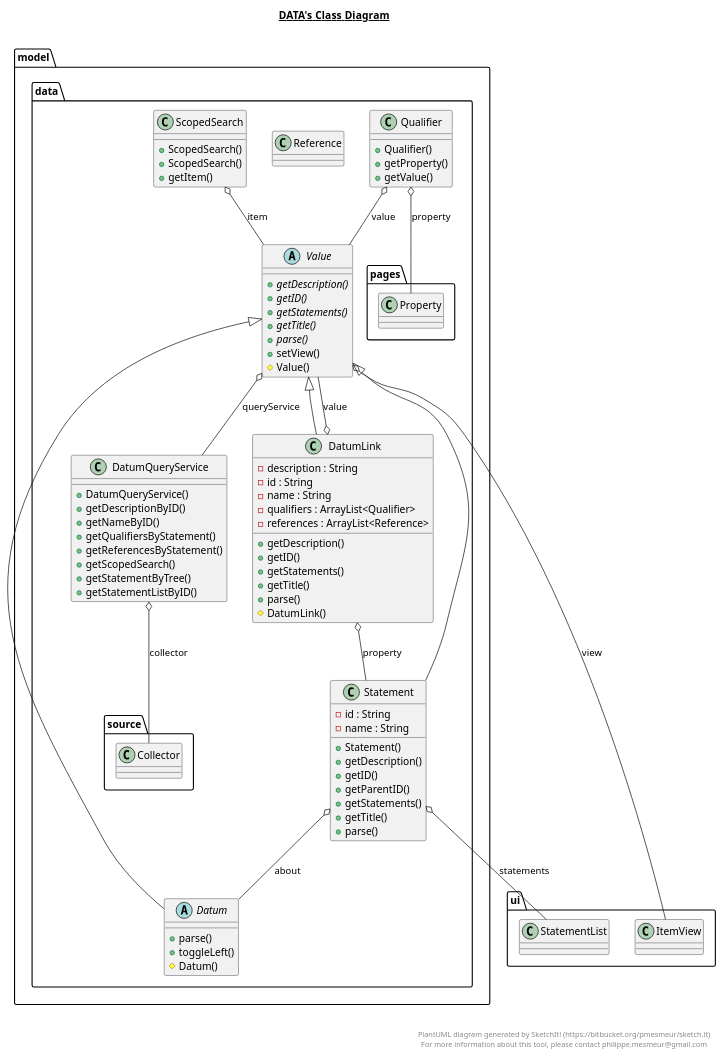
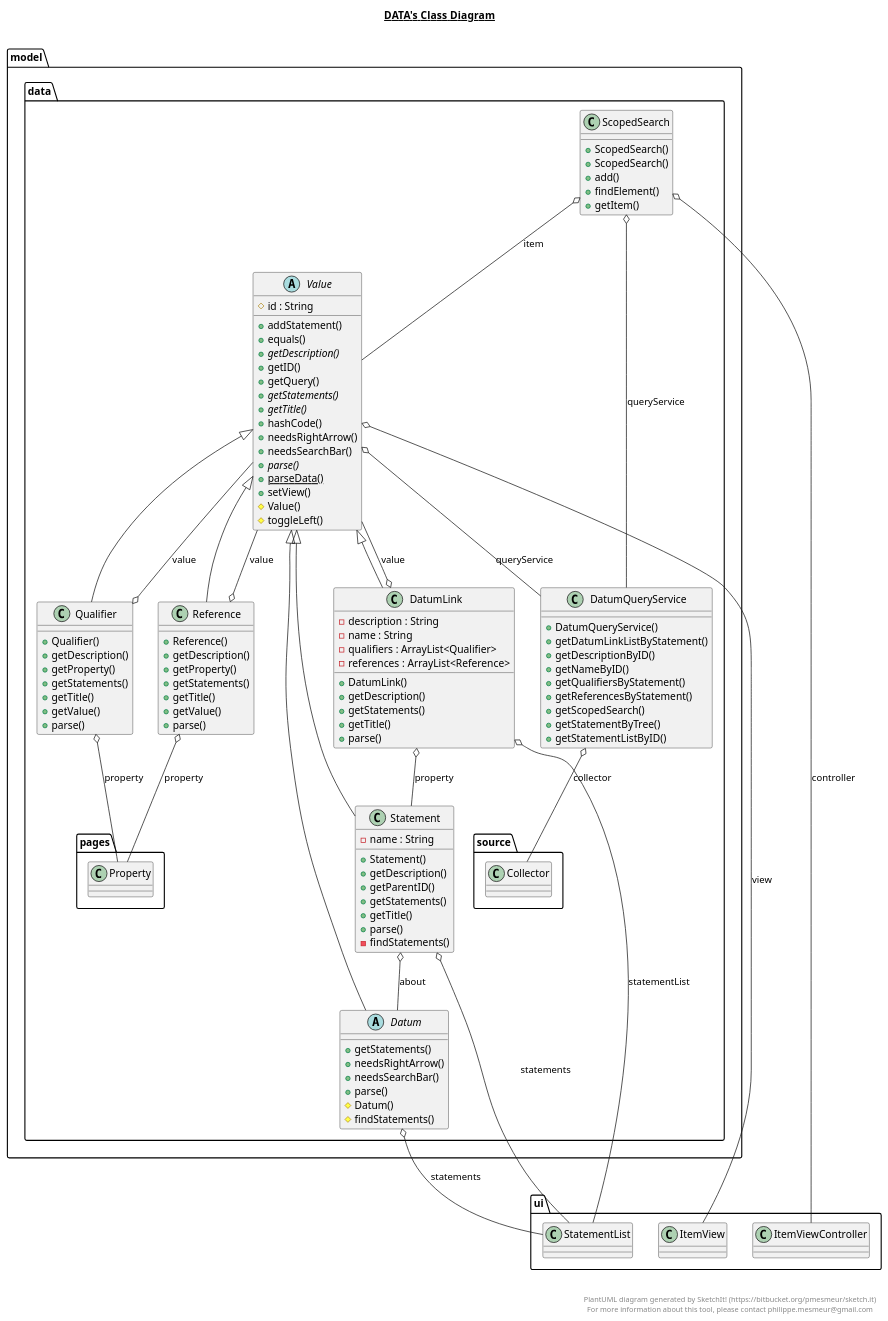
The diagram in src/main/model/data/data.plantuml (Bryce-MW/WikidataExplorer), drawn with PlantUML before and after one commit. The commit also changed 6 other files, not shown here.

Commit message:
Updated diagrams

```diff
--- a/src/main/model/data/data.plantuml
+++ b/src/main/model/data/data.plantuml
@@ -1,119 +1,150 @@
 @startuml
 
 title __DATA's Class Diagram__\n
 
   namespace model.data {
     abstract class model.data.Datum {
+        + getStatements()
+        + needsRightArrow()
+        + needsSearchBar()
         + parse()
-        + toggleLeft()
         # Datum()
+        # findStatements()
     }
   }
   
 
   namespace model.data {
     class model.data.DatumLink {
         - description : String
-        - id : String
         - name : String
         - qualifiers : ArrayList<Qualifier>
         - references : ArrayList<Reference>
+        + DatumLink()
         + getDescription()
-        + getID()
         + getStatements()
         + getTitle()
         + parse()
-        # DatumLink()
     }
   }
   
 
   namespace model.data {
     class model.data.DatumQueryService {
         + DatumQueryService()
+        + getDatumLinkListByStatement()
         + getDescriptionByID()
         + getNameByID()
         + getQualifiersByStatement()
         + getReferencesByStatement()
         + getScopedSearch()
         + getStatementByTree()
         + getStatementListByID()
     }
   }
   
 
   namespace model.data {
     class model.data.Qualifier {
         + Qualifier()
+        + getDescription()
         + getProperty()
+        + getStatements()
+        + getTitle()
         + getValue()
+        + parse()
     }
   }
   
 
   namespace model.data {
     class model.data.Reference {
+        + Reference()
+        + getDescription()
+        + getProperty()
+        + getStatements()
+        + getTitle()
+        + getValue()
+        + parse()
     }
   }
   
 
   namespace model.data {
     class model.data.ScopedSearch {
         + ScopedSearch()
         + ScopedSearch()
+        + add()
+        + findElement()
         + getItem()
     }
   }
   
 
   namespace model.data {
     class model.data.Statement {
-        - id : String
         - name : String
         + Statement()
         + getDescription()
-        + getID()
         + getParentID()
         + getStatements()
         + getTitle()
         + parse()
+        - findStatements()
     }
   }
   
 
   namespace model.data {
     abstract class model.data.Value {
+        # id : String
+        + addStatement()
+        + equals()
         {abstract} + getDescription()
-        {abstract} + getID()
+        + getID()
+        + getQuery()
         {abstract} + getStatements()
         {abstract} + getTitle()
+        + hashCode()
+        + needsRightArrow()
+        + needsSearchBar()
         {abstract} + parse()
+        {static} + parseData()
         + setView()
         # Value()
+        # toggleLeft()
     }
   }
   
 
   model.data.Datum -up-|> model.data.Value
+  model.data.Datum o-- ui.StatementList : statements
   model.data.DatumLink -up-|> model.data.Value
   model.data.DatumLink o-- model.data.Statement : property
+  model.data.DatumLink o-- ui.StatementList : statementList
   model.data.DatumLink o-- model.data.Value : value
   model.data.DatumQueryService o-- model.data.source.Collector : collector
+  model.data.Qualifier -up-|> model.data.Value
   model.data.Qualifier o-- model.data.pages.Property : property
   model.data.Qualifier o-- model.data.Value : value
+  model.data.Reference -up-|> model.data.Value
+  model.data.Reference o-- model.data.pages.Property : property
+  model.data.Reference o-- model.data.Value : value
+  model.data.ScopedSearch o-- ui.ItemViewController : controller
   model.data.ScopedSearch o-- model.data.Value : item
+  model.data.ScopedSearch o-- model.data.DatumQueryService : queryService
   model.data.Statement -up-|> model.data.Value
   model.data.Statement o-- model.data.Datum : about
   model.data.Statement o-- ui.StatementList : statements
   model.data.Value o-- model.data.DatumQueryService : queryService
   model.data.Value o-- ui.ItemView : view
 
 
 right footer
 
 
 PlantUML diagram generated by SketchIt! (https://bitbucket.org/pmesmeur/sketch.it)
 For more information about this tool, please contact philippe.mesmeur@gmail.com
 endfooter
 
 @enduml
```
